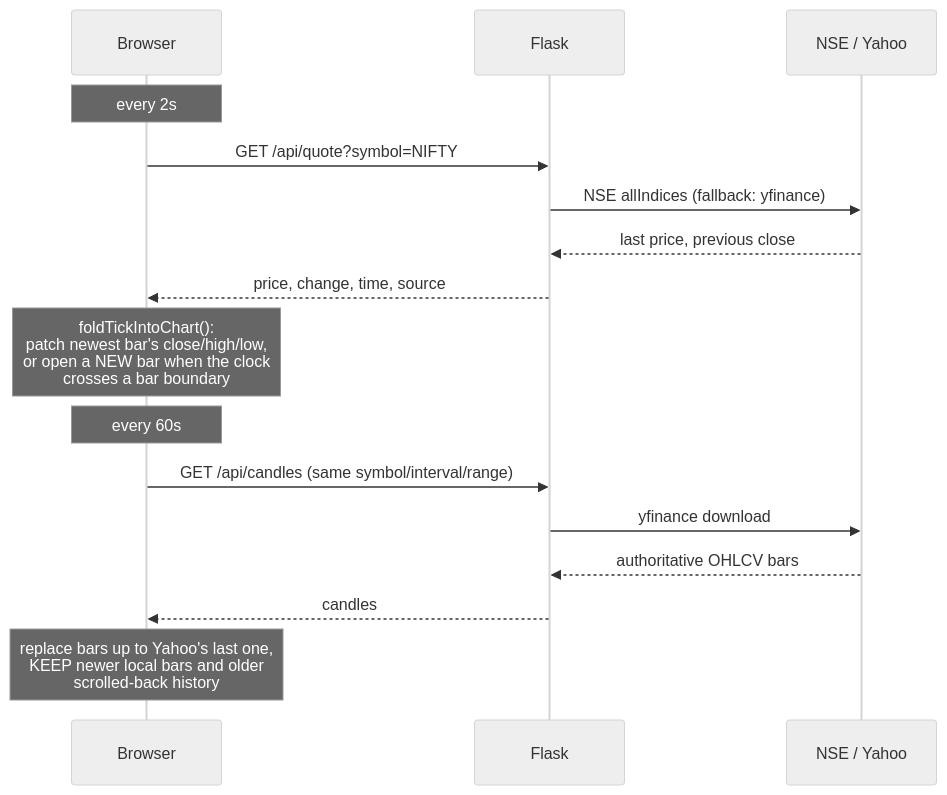
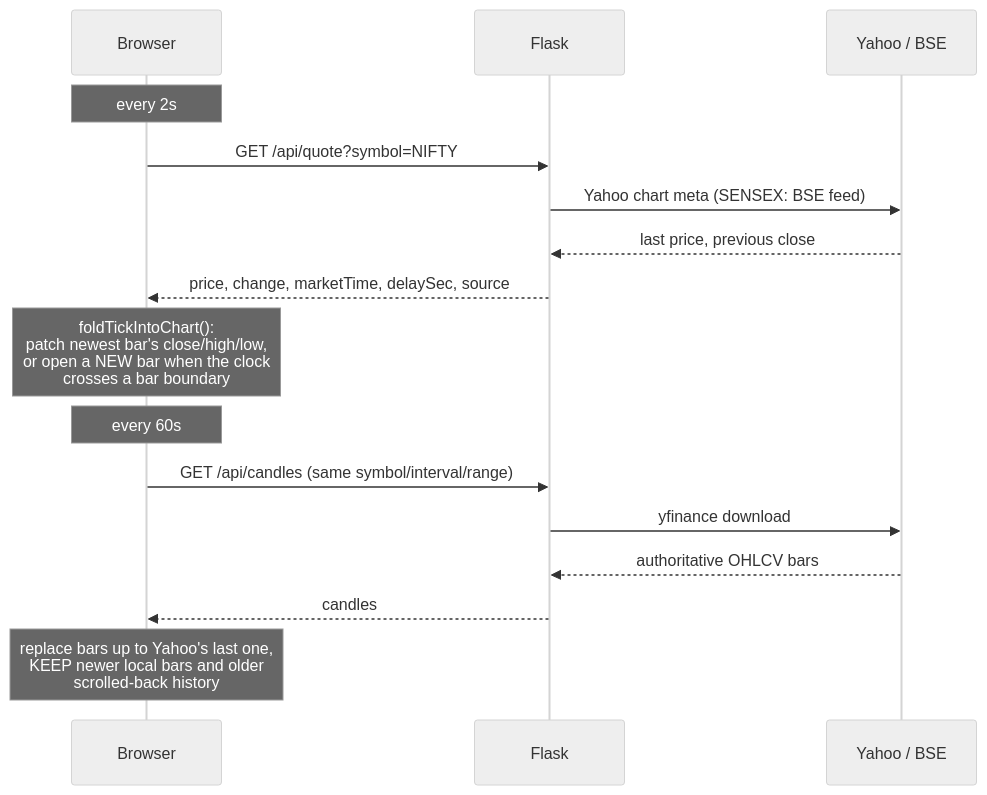
The second of 5 diagrams in README.md (prathamkul007-max/trading-view-self-host), drawn with Mermaid (neutral theme) before and after one commit. The commit also changed other lines of this file and 8 other files, not shown here.

First line of the commit message:
Add BSE live stream, closing-auction (CAS) views, UI redesign, and a per-index data-source README

````diff
--- a/README.md
+++ b/README.md
@@ -90,20 +147,20 @@
 ```mermaid
 sequenceDiagram
     participant B as Browser
     participant F as Flask
-    participant N as NSE / Yahoo
+    participant N as Yahoo / BSE
 
     Note over B: every 2s
     B->>F: GET /api/quote?symbol=NIFTY
-    F->>N: NSE allIndices (fallback: yfinance)
+    F->>N: Yahoo chart meta (SENSEX: BSE feed)
     N-->>F: last price, previous close
-    F-->>B: price, change, time, source
+    F-->>B: price, change, marketTime, delaySec, source
     Note over B: foldTickIntoChart():<br/>patch newest bar's close/high/low,<br/>or open a NEW bar when the clock<br/>crosses a bar boundary
 
     Note over B: every 60s
     B->>F: GET /api/candles (same symbol/interval/range)
     F->>N: yfinance download
     N-->>F: authoritative OHLCV bars
     F-->>B: candles
     Note over B: replace bars up to Yahoo's last one,<br/>KEEP newer local bars and older<br/>scrolled-back history
 ```
````
